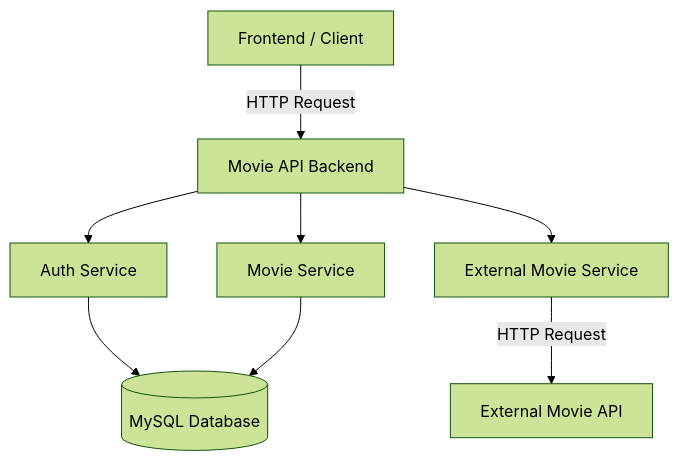
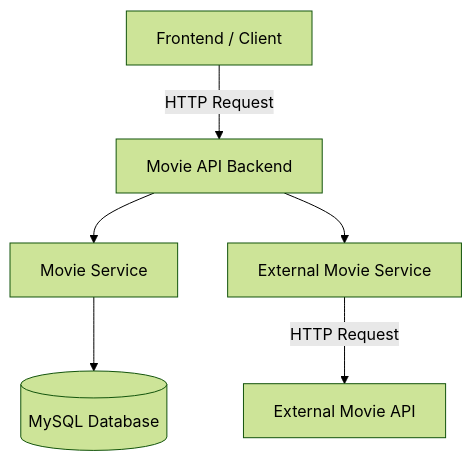
The diagram in microservices-design.md (67160402/project-phase-movies), drawn with Mermaid (forest theme) before and after one commit. The commit also changed other lines of this file and 34 other files, not shown here.

````diff
--- a/microservices-design.md
+++ b/microservices-design.md
@@ -78,24 +61,21 @@
 ```mermaid
 flowchart TD
     Client[Frontend / Client]
 
     Gateway[Movie API Backend]
 
-    Auth[Auth Service]
     Movie[Movie Service]
     External[External Movie Service]
 
     DB[(MySQL Database)]
     OMDb[External Movie API]
 
     Client -->|HTTP Request| Gateway
 
-    Gateway --> Auth
     Gateway --> Movie
     Gateway --> External
 
-    Auth --> DB
     Movie --> DB
 
     External -->|HTTP Request| OMDb
 ```
````
